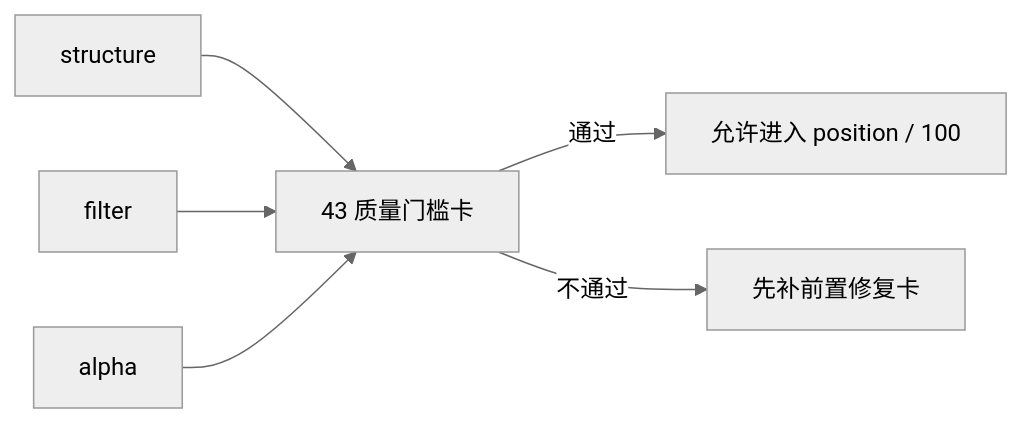
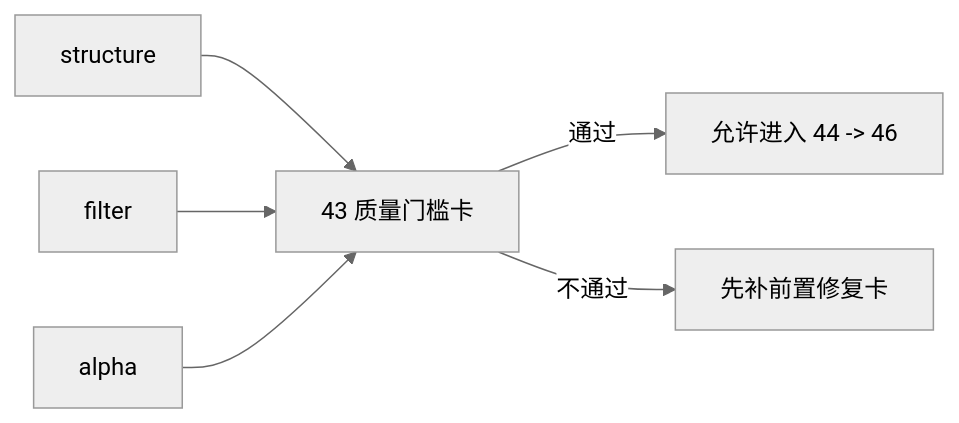
Before and after one commit to everything-is-simple/lifespan-0.01: the diagram in docs/03-execution/43-structure-filter-alpha-data-grade-quality-gate-before-position-card-20260413.md, drawn with Mermaid (neutral theme). The commit also changed other lines of this file and 10 other files, not shown here.

````diff
--- a/docs/03-execution/43-structure-filter-alpha-data-grade-quality-gate-before-position-card-20260413.md
+++ b/docs/03-execution/43-structure-filter-alpha-data-grade-quality-gate-before-position-card-20260413.md
@@ -68,8 +68,8 @@
 ```mermaid
 flowchart LR
     S["structure"] --> G["43 质量门槛卡"]
     F["filter"] --> G
     A["alpha"] --> G
-    G -->|通过| P["允许进入 position / 100"]
+    G -->|通过| P["允许进入 44 -> 46"]
     G -->|不通过| X["先补前置修复卡"]
 ```
````
